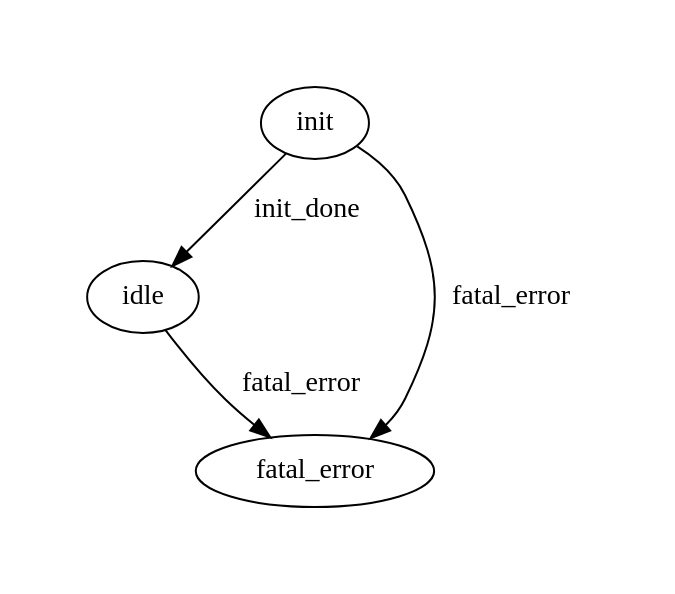
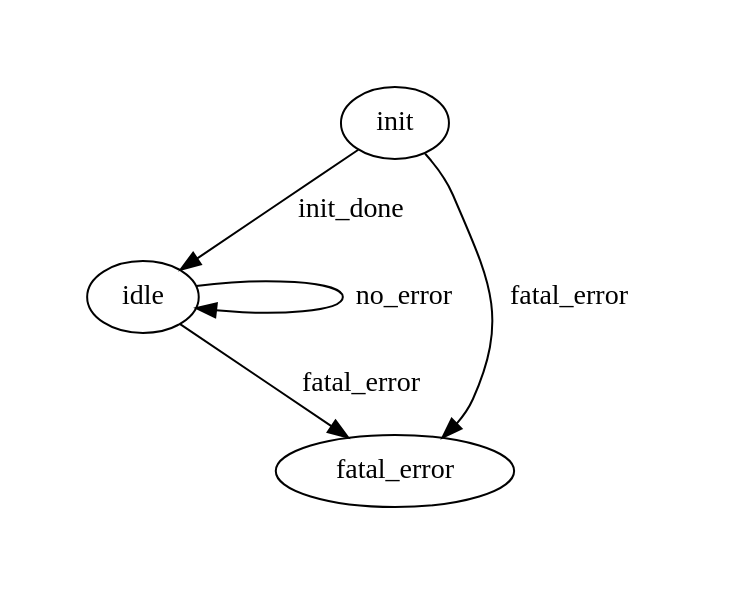
Before and after one commit to eagletrt/fenice-evo-das-sw: the diagram in assets/fsm.dot, drawn with Graphviz. The commit also changed 18 other files, not shown here.

```diff
--- a/assets/fsm.dot
+++ b/assets/fsm.dot
@@ -1,22 +1,23 @@
 digraph "das_fsm" {
     graph [pad="0.5", nodesep="1", ranksep="0.5"]
     margin=0
     layout=dot
     node [shape=oval]
 
     init
     idle
     fatal_error
 
     # Uncomment for nice drawing, comment for gv_fsm generation
     # { rank=source;init; }
     # { rank=same;idle;fatal_error; }
     # { rank=same;start_ts_precharge;wait_ts_discharge; }
     # { rank=same;wait_ts_precharge;start_ts_discharge; }
     # { rank=same;enable_inv_drive;disable_inv_drive; }
     # { rank=sink;drive; }
 
     init -> idle [label="init_done"]
+    idle -> idle [label="no_error"]
     idle -> fatal_error [label="fatal_error"]
     init -> fatal_error [label="fatal_error"]
 }
```
